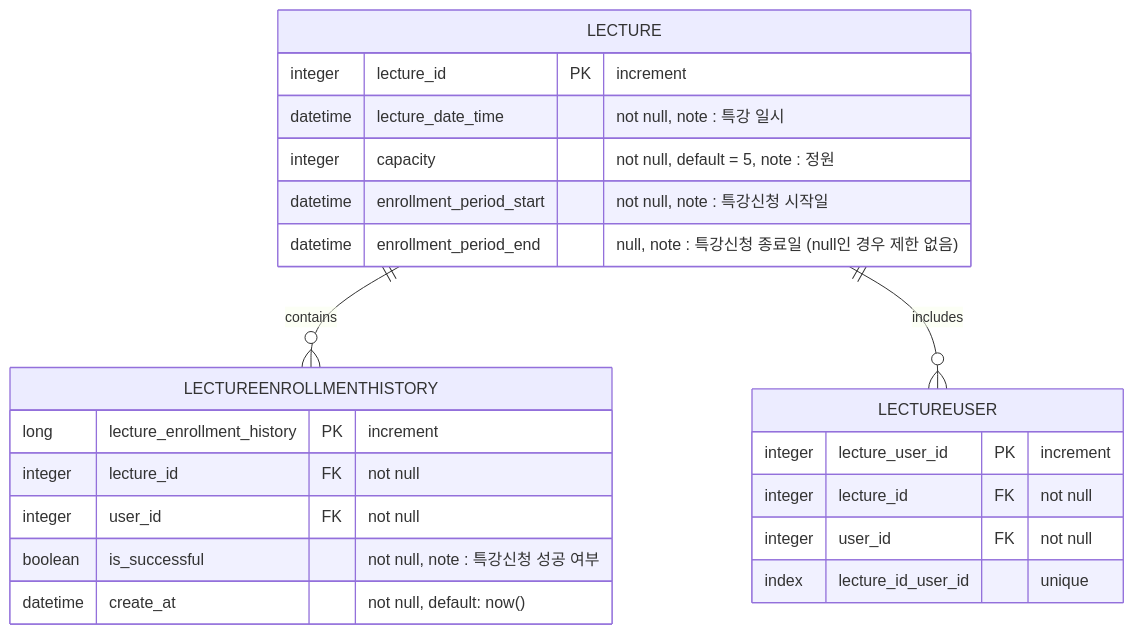
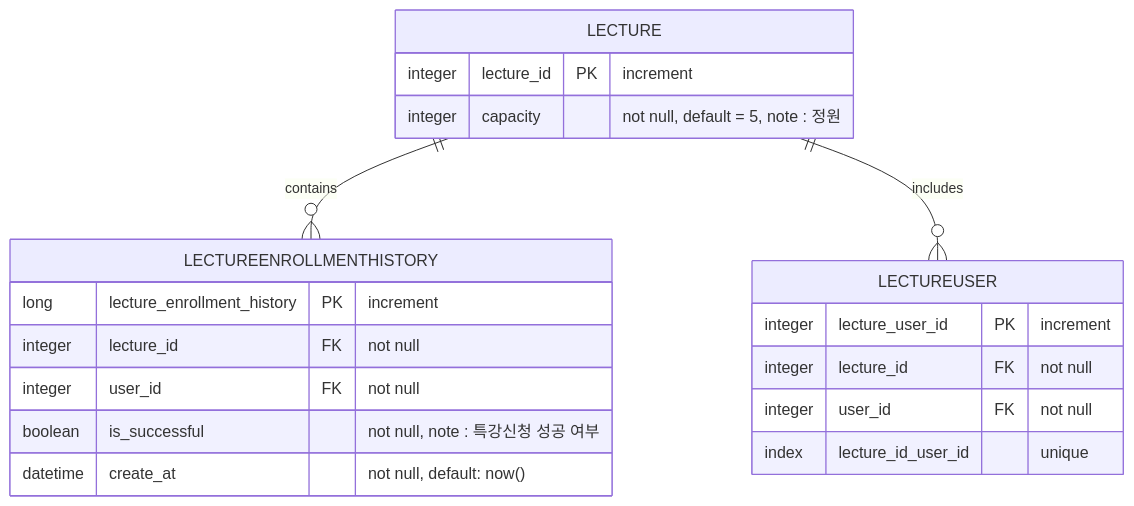
Before and after one commit to Loafly/hhp_week_02: the first of 2 diagrams in README.md, drawn with Mermaid.

Commit message:
chore  - README.md 파일 수정   - Lecture에 기간필드 제거

````diff
--- a/README.md
+++ b/README.md
@@ -26,28 +26,25 @@
 ```mermaid
 erDiagram
     LECTURE {
 integer lecture_id PK "increment"
-datetime lecture_date_time "not null, note : 특강 일시"
 integer capacity "not null, default = 5, note : 정원"
-datetime enrollment_period_start "not null, note : 특강신청 시작일"
-datetime enrollment_period_end "null, note : 특강신청 종료일 (null인 경우 제한 없음)"
 }
 
 LECTUREENROLLMENTHISTORY {
 long lecture_enrollment_history PK "increment"
 integer lecture_id FK "not null"
 integer user_id FK "not null"
 boolean is_successful "not null, note : 특강신청 성공 여부"
 datetime create_at "not null, default: now()"
 }
 
 LECTUREUSER {
 integer lecture_user_id PK "increment"
 integer lecture_id FK "not null"
 integer user_id FK "not null"
 index lecture_id_user_id "unique"
 }
 
 LECTURE ||--o{ LECTUREENROLLMENTHISTORY : contains
 LECTURE ||--o{ LECTUREUSER : includes
 ```
````
